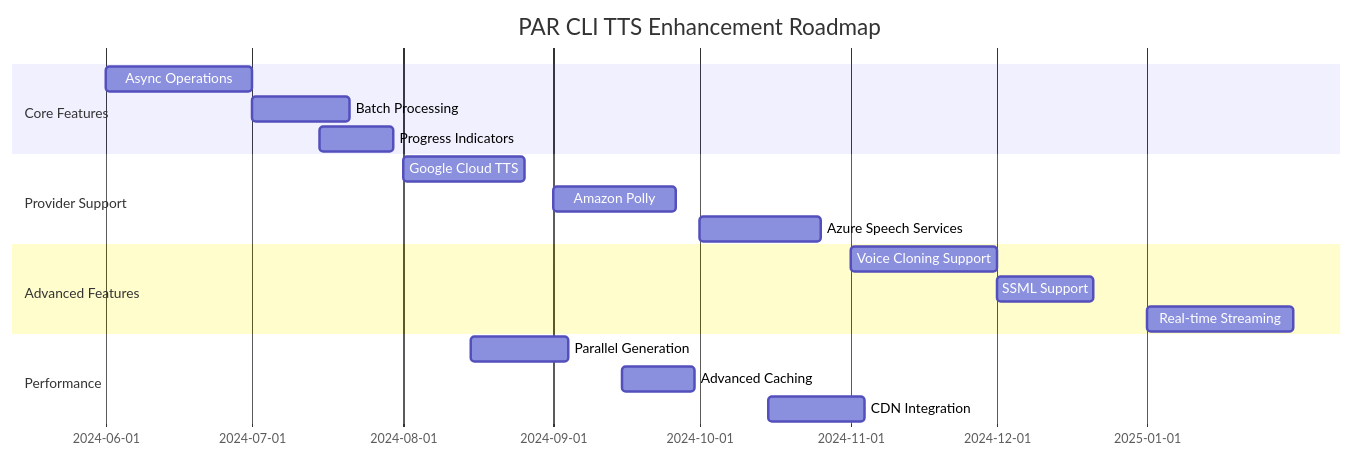
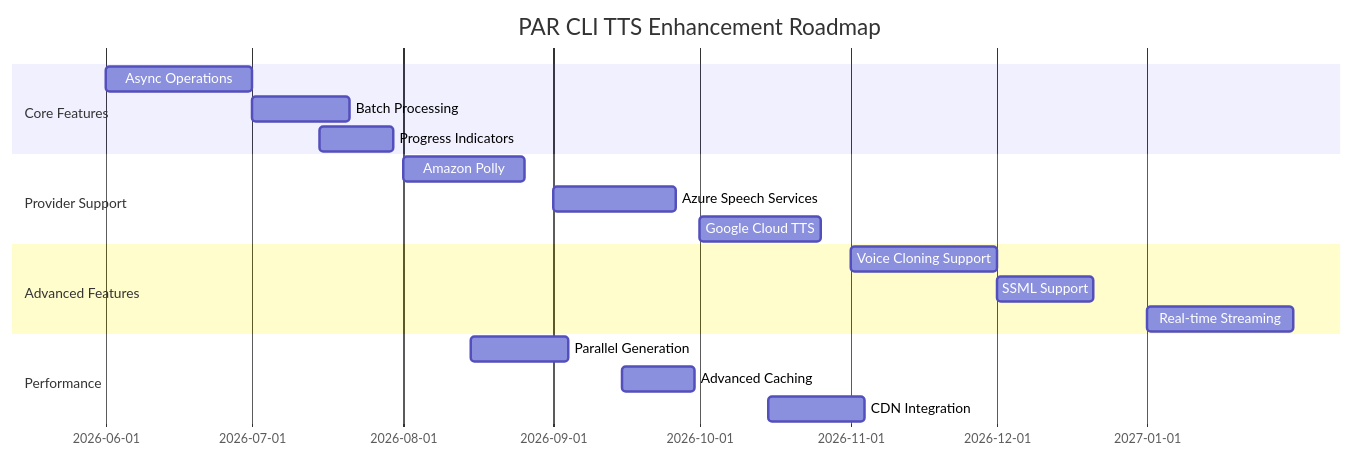
One commit to paulrobello/par-cli-tts changed diagram 20 of 20 in docs/ARCHITECTURE.md. Above: the diagram before and after it, drawn with Mermaid. The commit also changed other lines of this file and 38 other files, not shown here.

````diff
--- a/docs/ARCHITECTURE.md
+++ b/docs/ARCHITECTURE.md
@@ -1416,25 +1485,25 @@
 ```mermaid
 gantt
     title PAR CLI TTS Enhancement Roadmap
     dateFormat YYYY-MM-DD
 
     section Core Features
-    Async Operations           :2024-06-01, 30d
-    Batch Processing           :2024-07-01, 20d
-    Progress Indicators        :2024-07-15, 15d
+    Async Operations           :2026-06-01, 30d
+    Batch Processing           :2026-07-01, 20d
+    Progress Indicators        :2026-07-15, 15d
 
     section Provider Support
-    Google Cloud TTS           :2024-08-01, 25d
-    Amazon Polly              :2024-09-01, 25d
-    Azure Speech Services     :2024-10-01, 25d
+    Amazon Polly              :2026-08-01, 25d
+    Azure Speech Services     :2026-09-01, 25d
+    Google Cloud TTS          :2026-10-01, 25d
 
     section Advanced Features
-    Voice Cloning Support     :2024-11-01, 30d
-    SSML Support             :2024-12-01, 20d
-    Real-time Streaming      :2025-01-01, 30d
+    Voice Cloning Support     :2026-11-01, 30d
+    SSML Support             :2026-12-01, 20d
+    Real-time Streaming      :2027-01-01, 30d
 
     section Performance
-    Parallel Generation      :2024-08-15, 20d
-    Advanced Caching        :2024-09-15, 15d
-    CDN Integration         :2024-10-15, 20d
+    Parallel Generation      :2026-08-15, 20d
+    Advanced Caching        :2026-09-15, 15d
+    CDN Integration         :2026-10-15, 20d
 ```
````
